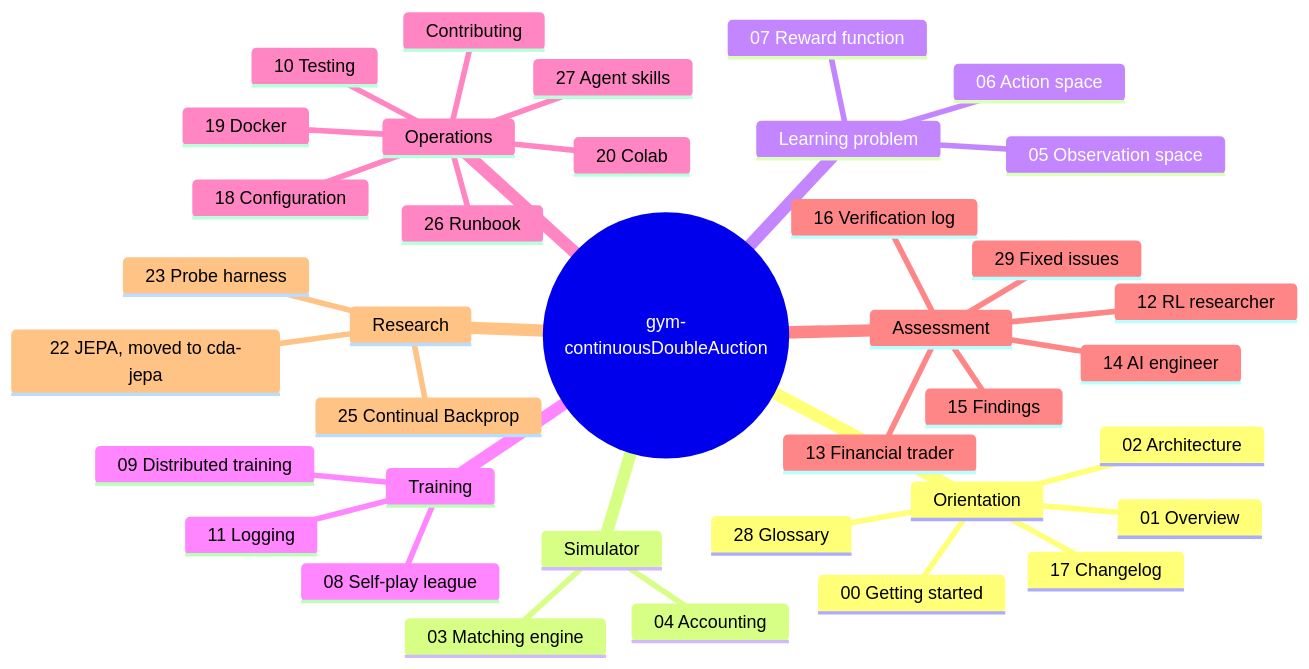
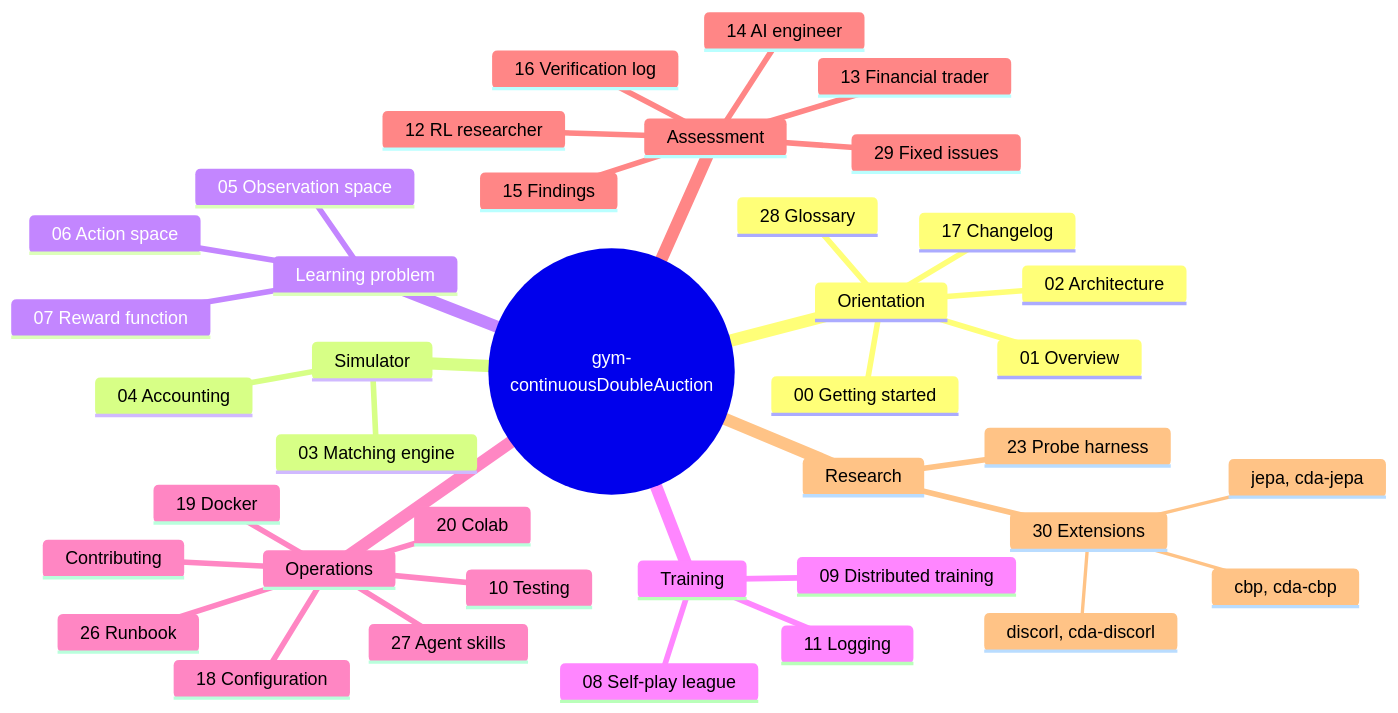
The diagram in docs/map.md (ChuaCheowHuan/gym-continuousDoubleAuction), drawn with Mermaid before and after one commit. The commit also changed other lines of this file and 17 other files, not shown here.

````diff
--- a/docs/map.md
+++ b/docs/map.md
@@ -9,40 +9,42 @@
 ```mermaid
 mindmap
   root(("gym-continuousDoubleAuction"))
     Orientation
       00 Getting started
       01 Overview
       02 Architecture
       28 Glossary
       17 Changelog
     Simulator
       03 Matching engine
       04 Accounting
     Learning problem
       05 Observation space
       06 Action space
       07 Reward function
     Training
       08 Self-play league
       09 Distributed training
       11 Logging
     Operations
       26 Runbook
       27 Agent skills
       18 Configuration
       19 Docker
       20 Colab
       10 Testing
       Contributing
     Assessment
       12 RL researcher
       13 Financial trader
       14 AI engineer
       15 Findings
       29 Fixed issues
       16 Verification log
     Research
-      22 JEPA, moved to cda-jepa
       23 Probe harness
-      25 Continual Backprop
+      30 Extensions
+        cbp, cda-cbp
+        discorl, cda-discorl
+        jepa, cda-jepa
 ```
````
